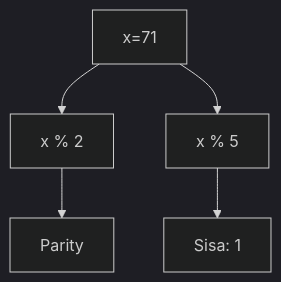
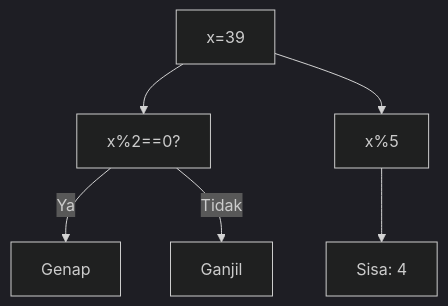
Before and after one commit to amnahwaida/OSNK_INF_PREP: the fifth of 25 diagrams in part-c-pemahaman-cpp/03-perulangan/latihan/set-08.md, drawn with Mermaid (dark theme). The commit also changed other lines of this file and 71 other files, not shown here.

Commit message:
Fixed Mermaid syntax lexical errors with quoted labels in 1,800 questions

````diff
--- a/part-c-pemahaman-cpp/03-perulangan/latihan/set-08.md
+++ b/part-c-pemahaman-cpp/03-perulangan/latihan/set-08.md
@@ -234,7 +151,8 @@
 ```mermaid
 graph TD
-A[x=71] --> B[x % 2]
-B --> C[Parity]
-A --> D[x % 5]
-D --> E[Sisa: 1]
+A["x=39"] --> B["x%2==0?"]
+B -- Ya --> C["Genap"]
+B -- Tidak --> D["Ganjil"]
+A --> E["x%5"]
+E --> F["Sisa: 4"]
 ```
````
